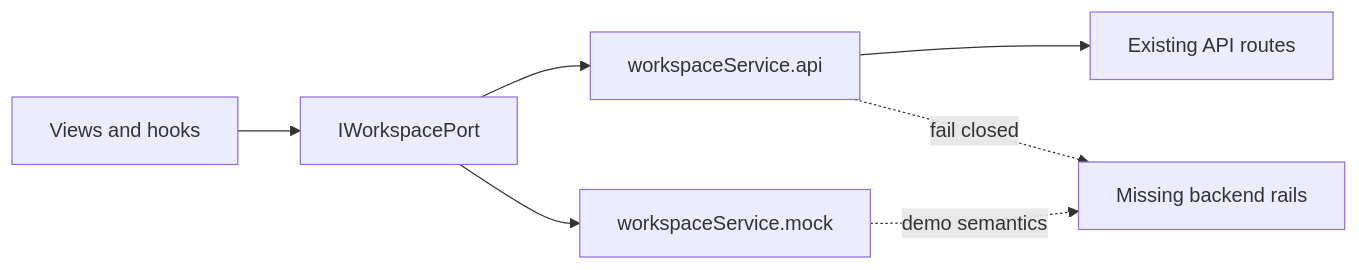
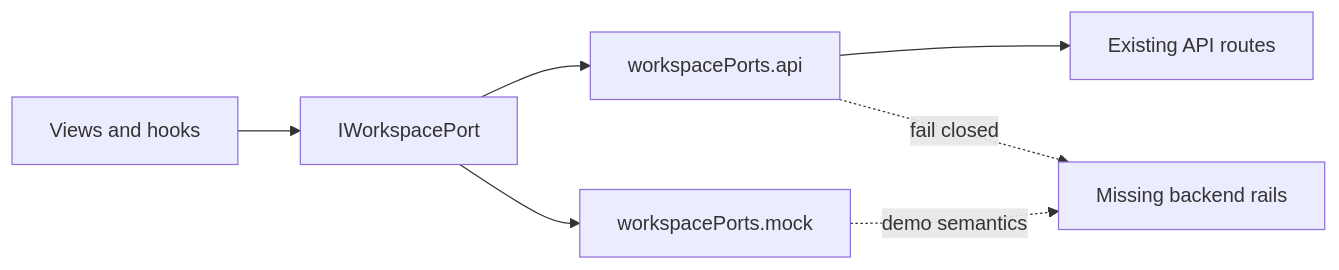
The first of 3 diagrams in docs/architecture/components/web/workspace/workspace-port-decomposition-component.md (dunay2/dvt), drawn with Mermaid before and after one commit. The commit also changed other lines of this file and 57 other files, not shown here.

Commit message:
refactor(web): Split workspace ports by capability

````diff
--- a/docs/architecture/components/web/workspace/workspace-port-decomposition-component.md
+++ b/docs/architecture/components/web/workspace/workspace-port-decomposition-component.md
@@ -58,16 +58,16 @@
 ```mermaid
 flowchart LR
   View["Views and hooks"]
   Broad["IWorkspacePort"]
-  Api["workspaceService.api"]
-  Mock["workspaceService.mock"]
+  Api["workspacePorts.api"]
+  Mock["workspacePorts.mock"]
   Real["Existing API routes"]
   Missing["Missing backend rails"]
 
   View --> Broad
   Broad --> Api
   Broad --> Mock
   Api --> Real
   Api -. fail closed .-> Missing
   Mock -. demo semantics .-> Missing
 ```
````
